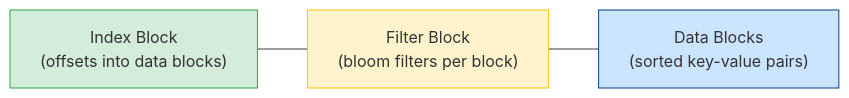
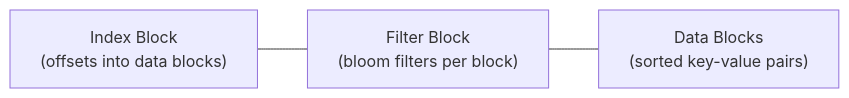
Before and after one commit to KnightKnight27/scaler-Adv-DBMS: the second of 2 diagrams in System_Design_Docs/rocksdb/README.md, drawn with Mermaid. The commit also changed other lines of this file and 3 other files, not shown here.

Commit message:
chore: change styling for diagrams

````diff
--- a/System_Design_Docs/rocksdb/README.md
+++ b/System_Design_Docs/rocksdb/README.md
@@ -64,8 +57,4 @@
 ```mermaid
 graph LR
     IB["Index Block<br>(offsets into data blocks)"] --- FB["Filter Block<br>(bloom filters per block)"] --- DB["Data Blocks<br>(sorted key-value pairs)"]
-
-    style IB fill:#d4edda,stroke:#28a745,stroke-width:1px
-    style FB fill:#fff3cd,stroke:#ffc107,stroke-width:1px
-    style DB fill:#cce5ff,stroke:#004085,stroke-width:1px
 ```
````
